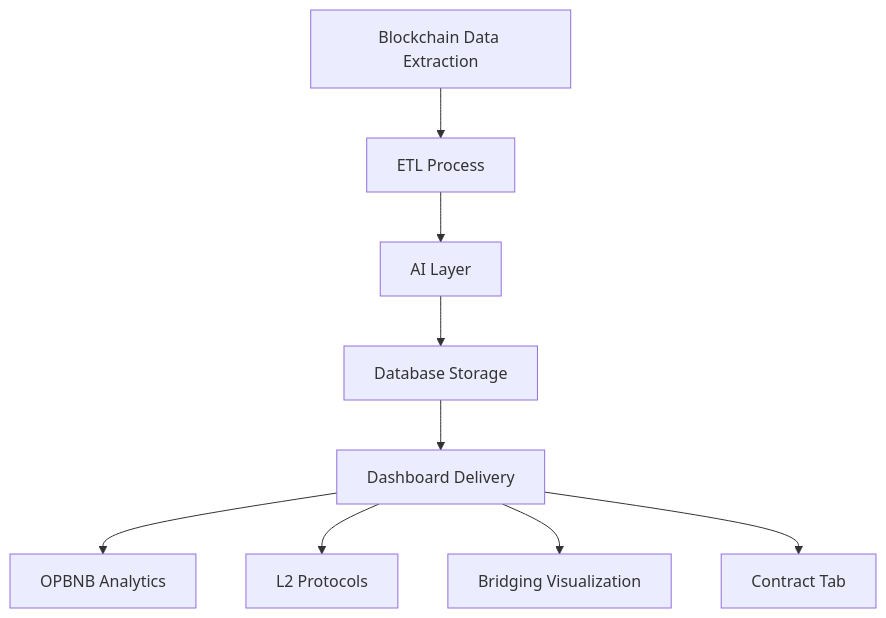
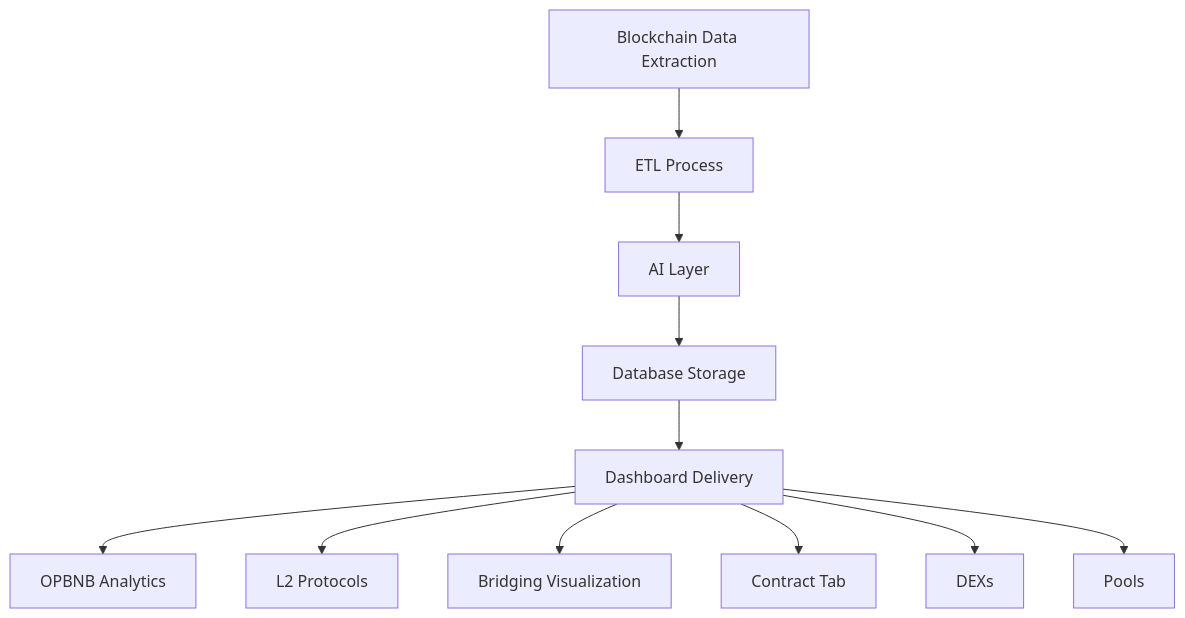
Before and after one commit to Manidills/L2-Board: the diagram in README.md, drawn with Mermaid. The commit also changed other lines of this file, not shown here.

````diff
--- a/README.md
+++ b/README.md
@@ -57,12 +68,13 @@
 ```mermaid
 graph TD
     A[Blockchain Data Extraction] --> B[ETL Process]
     B --> C[AI Layer]
     C --> D[Database Storage]
     D --> E[Dashboard Delivery]
     E --> F[OPBNB Analytics]
     E --> G[L2 Protocols]
     E --> H[Bridging Visualization]
     E --> I[Contract Tab]
-
+    E --> J[DEXs]
+    E --> K[Pools]
 ```
````
